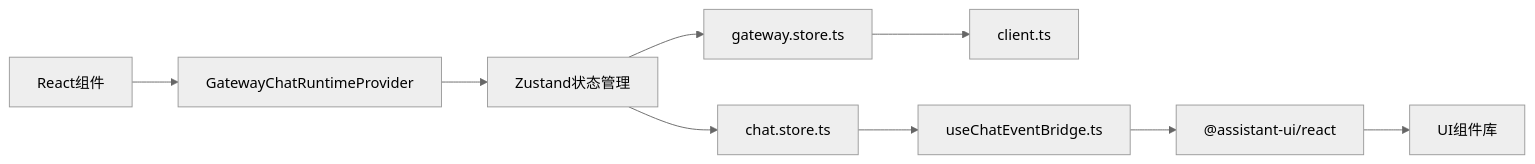
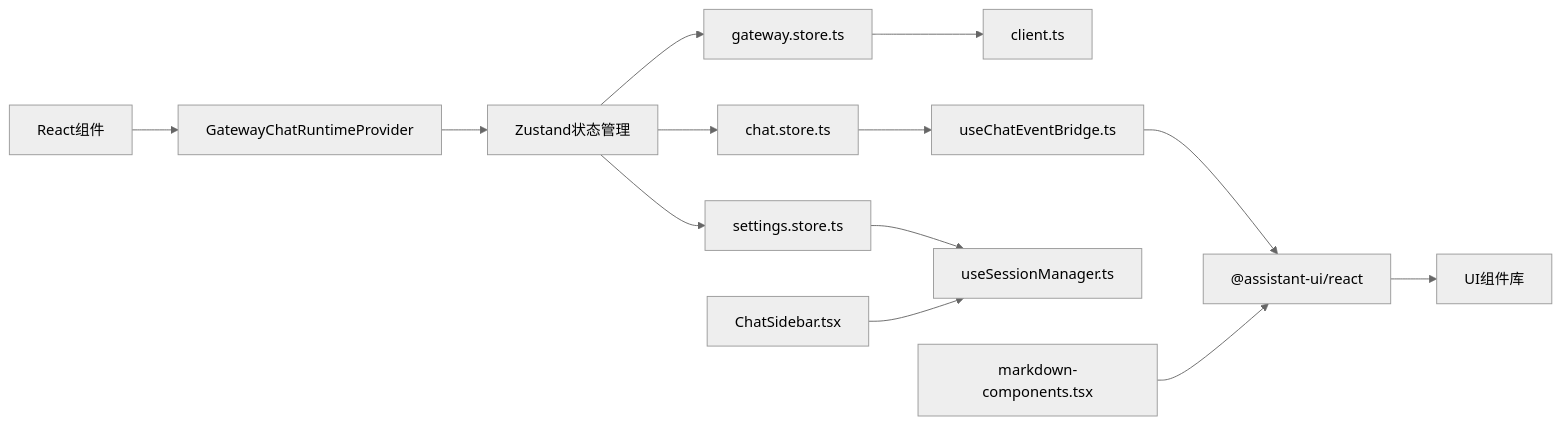
One commit to verse-ai-org/openclaw changed diagram 12 of 12 in .qoder/repowiki/zh/content/Web界面/WebChat界面.md. Above: the diagram before and after it, drawn with Mermaid (neutral theme). The commit also changed other lines of this file and 46 other files, not shown here.

````diff
--- a/.qoder/repowiki/zh/content/Web界面/WebChat界面.md
+++ b/.qoder/repowiki/zh/content/Web界面/WebChat界面.md
@@ -424,11 +555,15 @@
 ```mermaid
 graph LR
 React_Components["React组件"] --> Runtime["GatewayChatRuntimeProvider"]
 Runtime --> Zustand["Zustand状态管理"]
 Zustand --> GatewayStore["gateway.store.ts"]
 Zustand --> ChatStore["chat.store.ts"]
+Zustand --> SettingsStore["settings.store.ts"]
 GatewayStore --> Client["client.ts"]
 ChatStore --> Events["useChatEventBridge.ts"]
+SettingsStore --> SessionManager["useSessionManager.ts"]
 Events --> AssistantUI["@assistant-ui/react"]
 AssistantUI --> Components["UI组件库"]
+MarkdownComponents["markdown-components.tsx"] --> AssistantUI
+ChatSidebar["ChatSidebar.tsx"] --> SessionManager
 ```
````
